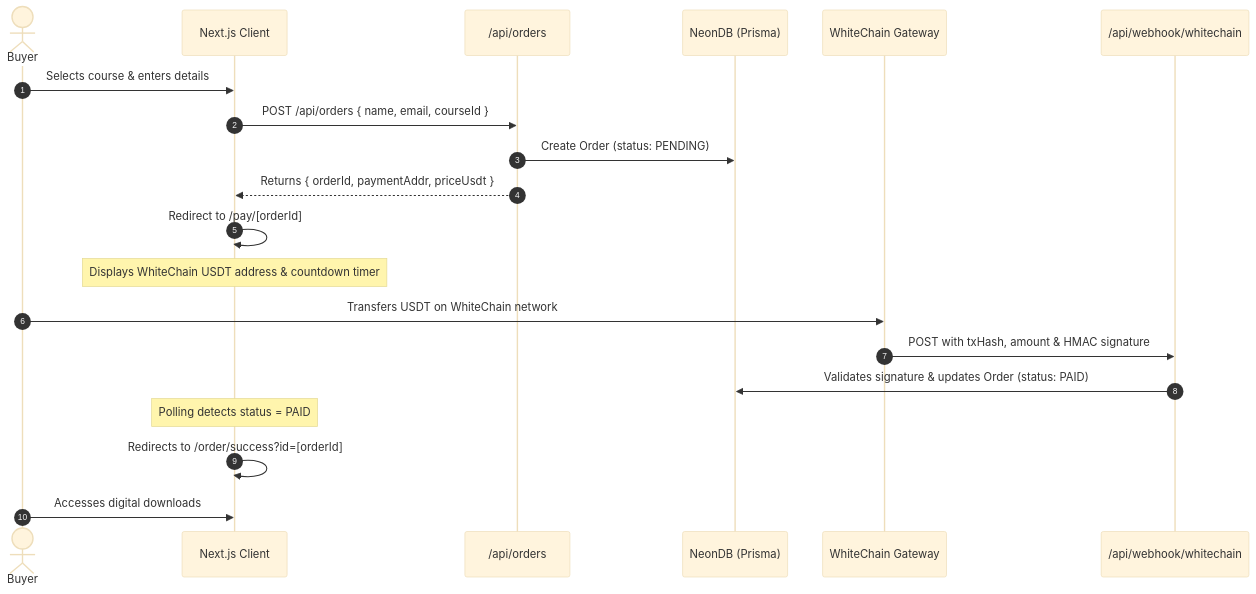
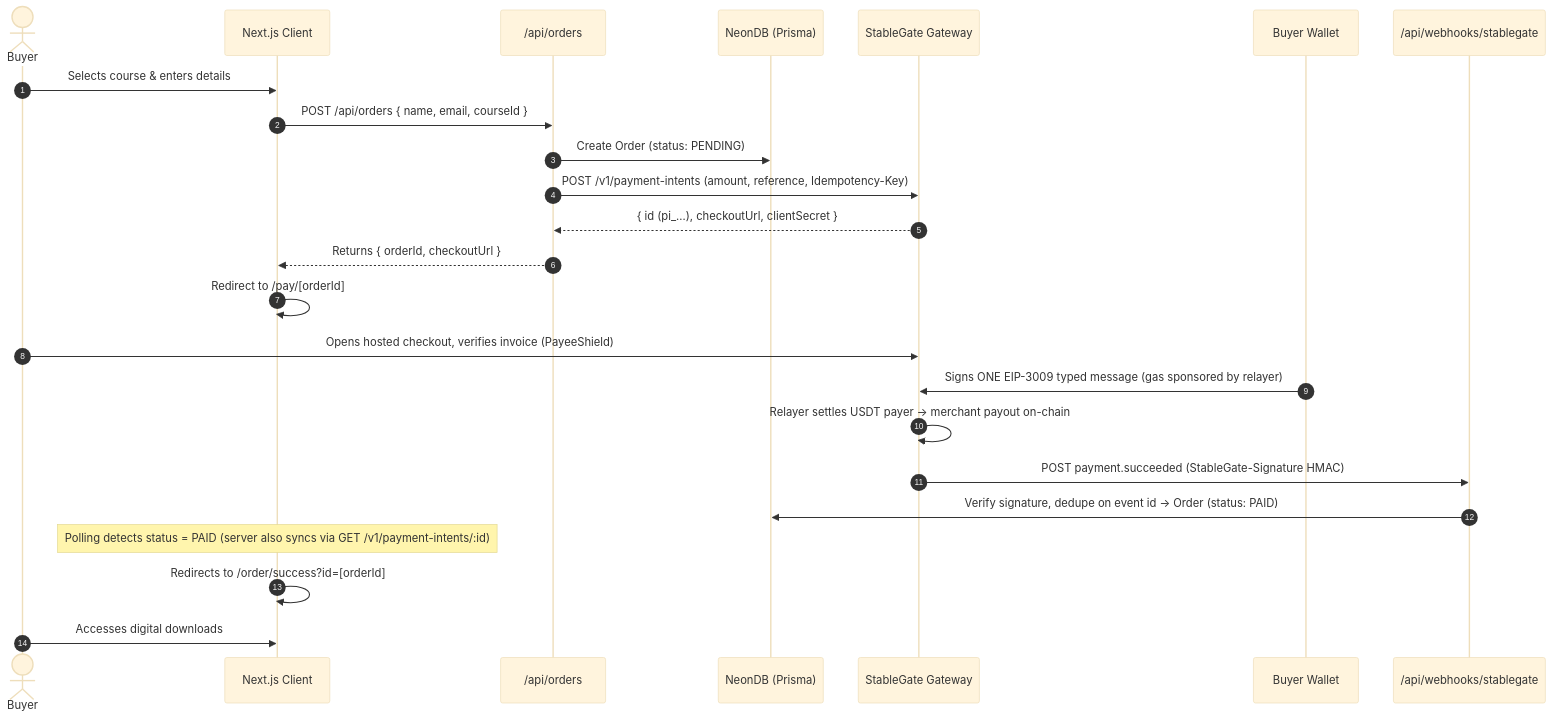
The diagram in README.md (thisisouvik/ethglobal26), drawn with Mermaid (base theme) before and after one commit. The commit also changed other lines of this file and 30 other files, not shown here.

Commit message:
feat: uniform card lengths, 3 sub-10 USDT courses, and real NeonDB course & order persistence

````diff
--- a/README.md
+++ b/README.md
@@ -94,23 +106,27 @@
 ```mermaid
 sequenceDiagram
     autonumber
     actor User as Buyer
     participant Client as Next.js Client
     participant API as /api/orders
     participant DB as NeonDB (Prisma)
-    participant Gateway as WhiteChain Gateway
-    participant Webhook as /api/webhook/whitechain
+    participant SG as StableGate Gateway
+    participant Payer as Buyer Wallet
+    participant Webhook as /api/webhooks/stablegate
 
     User->>Client: Selects course & enters details
     Client->>API: POST /api/orders { name, email, courseId }
     API->>DB: Create Order (status: PENDING)
-    API-->>Client: Returns { orderId, paymentAddr, priceUsdt }
+    API->>SG: POST /v1/payment-intents (amount, reference, Idempotency-Key)
+    SG-->>API: { id (pi_…), checkoutUrl, clientSecret }
+    API-->>Client: Returns { orderId, checkoutUrl }
     Client->>Client: Redirect to /pay/[orderId]
-    Note over Client: Displays WhiteChain USDT address & countdown timer
-    User->>Gateway: Transfers USDT on WhiteChain network
-    Gateway->>Webhook: POST with txHash, amount & HMAC signature
-    Webhook->>DB: Validates signature & updates Order (status: PAID)
-    Note over Client: Polling detects status = PAID
+    User->>SG: Opens hosted checkout, verifies invoice (PayeeShield)
+    Payer->>SG: Signs ONE EIP-3009 typed message (gas sponsored by relayer)
+    SG->>SG: Relayer settles USDT payer → merchant payout on-chain
+    SG->>Webhook: POST payment.succeeded (StableGate-Signature HMAC)
+    Webhook->>DB: Verify signature, dedupe on event id → Order (status: PAID)
+    Note over Client: Polling detects status = PAID (server also syncs via GET /v1/payment-intents/:id)
     Client->>Client: Redirects to /order/success?id=[orderId]
     User->>Client: Accesses digital downloads
 ```
````
